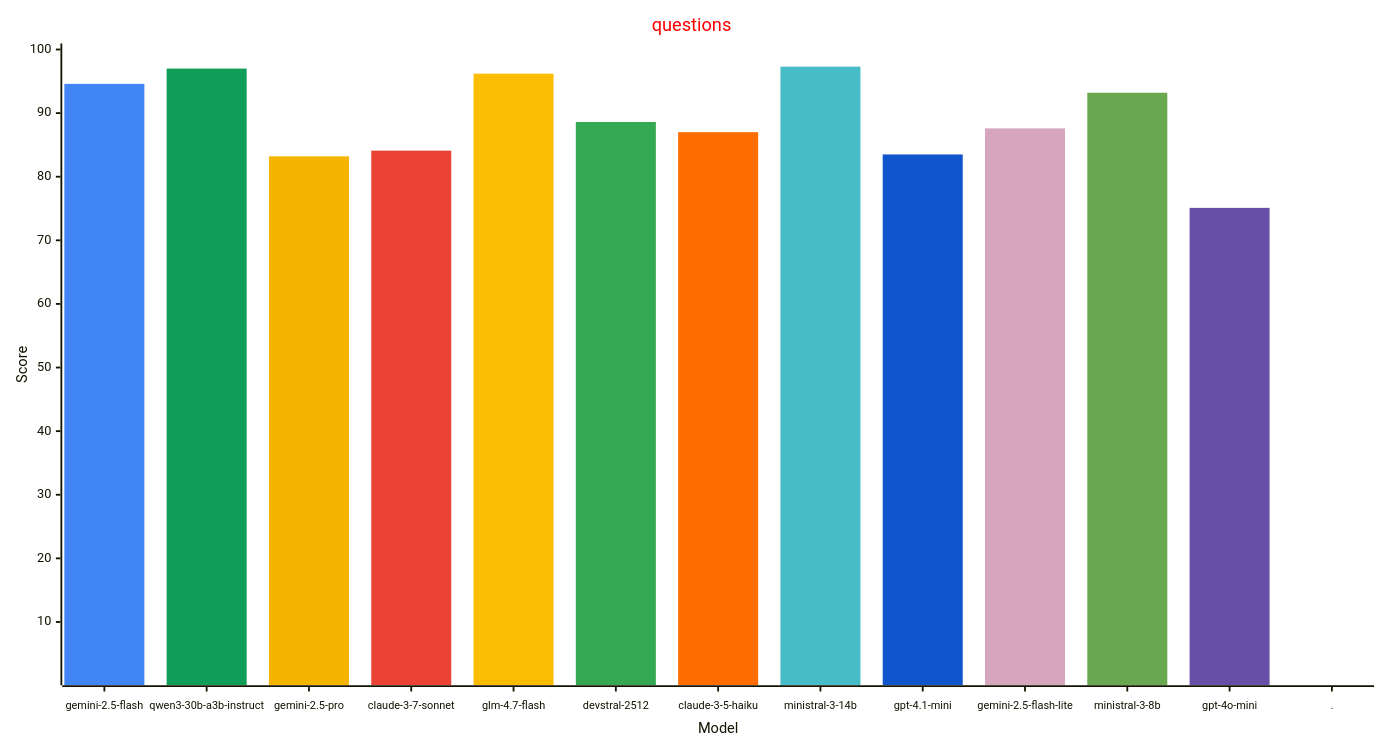
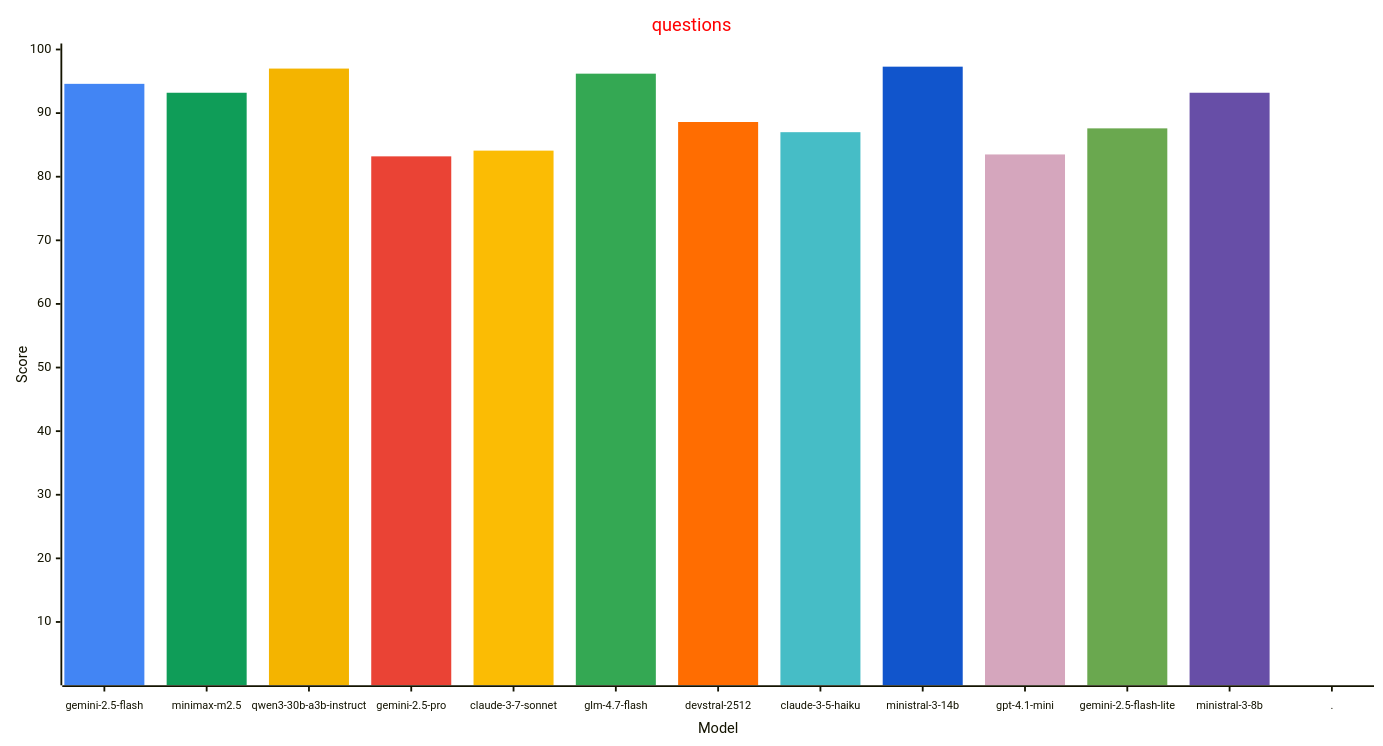
One commit to allenporter/home-assistant-datasets changed the third of 4 diagrams in reports/README.md. Above: the diagram before and after it, drawn with Mermaid. The commit also changed other lines of this file and 1083 other files, not shown here.

````diff
--- a/reports/README.md
+++ b/reports/README.md
@@ -165,33 +166,33 @@
 ```mermaid
 ---
 config:
     xyChart:
         width: 1500
         height: 800
         xAxis:
           labelFontSize: 12
           labelPadding: 8
     themeVariables:
         xyChart:
             titleColor: "#ff0000"
             plotColorPalette: "#4285f4, #0f9d58, #f4b400, #ea4335, #fbbc04, #34a853, #ff6d01, #46bdc6, #1155cc, #d5a6bd, #6aa84f, #674ea7, #4285f4"
 
 ---
 xychart-beta
   title "questions"
-  x-axis "Model" [gemini-2.5-flash, qwen3-30b-a3b-instruct, gemini-2.5-pro, claude-3-7-sonnet, glm-4.7-flash, devstral-2512, claude-3-5-haiku, ministral-3-14b, gpt-4.1-mini, gemini-2.5-flash-lite, ministral-3-8b, gpt-4o-mini, .]
+  x-axis "Model" [gemini-2.5-flash, minimax-m2.5, qwen3-30b-a3b-instruct, gemini-2.5-pro, claude-3-7-sonnet, glm-4.7-flash, devstral-2512, claude-3-5-haiku, ministral-3-14b, gpt-4.1-mini, gemini-2.5-flash-lite, ministral-3-8b, .]
   y-axis "Score" 1 --> 100
   bar [94.6, 0.0, 0.0, 0.0, 0.0, 0.0, 0.0, 0.0, 0.0, 0.0, 0.0, 0.0, 0.0]
-  bar [0.0, 97.0, 0.0, 0.0, 0.0, 0.0, 0.0, 0.0, 0.0, 0.0, 0.0, 0.0, 0.0]
-  bar [0.0, 0.0, 83.2, 0.0, 0.0, 0.0, 0.0, 0.0, 0.0, 0.0, 0.0, 0.0, 0.0]
-  bar [0.0, 0.0, 0.0, 84.1, 0.0, 0.0, 0.0, 0.0, 0.0, 0.0, 0.0, 0.0, 0.0]
-  bar [0.0, 0.0, 0.0, 0.0, 96.2, 0.0, 0.0, 0.0, 0.0, 0.0, 0.0, 0.0, 0.0]
-  bar [0.0, 0.0, 0.0, 0.0, 0.0, 88.6, 0.0, 0.0, 0.0, 0.0, 0.0, 0.0, 0.0]
-  bar [0.0, 0.0, 0.0, 0.0, 0.0, 0.0, 87.0, 0.0, 0.0, 0.0, 0.0, 0.0, 0.0]
-  bar [0.0, 0.0, 0.0, 0.0, 0.0, 0.0, 0.0, 97.3, 0.0, 0.0, 0.0, 0.0, 0.0]
-  bar [0.0, 0.0, 0.0, 0.0, 0.0, 0.0, 0.0, 0.0, 83.5, 0.0, 0.0, 0.0, 0.0]
-  bar [0.0, 0.0, 0.0, 0.0, 0.0, 0.0, 0.0, 0.0, 0.0, 87.6, 0.0, 0.0, 0.0]
-  bar [0.0, 0.0, 0.0, 0.0, 0.0, 0.0, 0.0, 0.0, 0.0, 0.0, 93.2, 0.0, 0.0]
-  bar [0.0, 0.0, 0.0, 0.0, 0.0, 0.0, 0.0, 0.0, 0.0, 0.0, 0.0, 75.1, 0.0]
+  bar [0.0, 93.2, 0.0, 0.0, 0.0, 0.0, 0.0, 0.0, 0.0, 0.0, 0.0, 0.0, 0.0]
+  bar [0.0, 0.0, 97.0, 0.0, 0.0, 0.0, 0.0, 0.0, 0.0, 0.0, 0.0, 0.0, 0.0]
+  bar [0.0, 0.0, 0.0, 83.2, 0.0, 0.0, 0.0, 0.0, 0.0, 0.0, 0.0, 0.0, 0.0]
+  bar [0.0, 0.0, 0.0, 0.0, 84.1, 0.0, 0.0, 0.0, 0.0, 0.0, 0.0, 0.0, 0.0]
+  bar [0.0, 0.0, 0.0, 0.0, 0.0, 96.2, 0.0, 0.0, 0.0, 0.0, 0.0, 0.0, 0.0]
+  bar [0.0, 0.0, 0.0, 0.0, 0.0, 0.0, 88.6, 0.0, 0.0, 0.0, 0.0, 0.0, 0.0]
+  bar [0.0, 0.0, 0.0, 0.0, 0.0, 0.0, 0.0, 87.0, 0.0, 0.0, 0.0, 0.0, 0.0]
+  bar [0.0, 0.0, 0.0, 0.0, 0.0, 0.0, 0.0, 0.0, 97.3, 0.0, 0.0, 0.0, 0.0]
+  bar [0.0, 0.0, 0.0, 0.0, 0.0, 0.0, 0.0, 0.0, 0.0, 83.5, 0.0, 0.0, 0.0]
+  bar [0.0, 0.0, 0.0, 0.0, 0.0, 0.0, 0.0, 0.0, 0.0, 0.0, 87.6, 0.0, 0.0]
+  bar [0.0, 0.0, 0.0, 0.0, 0.0, 0.0, 0.0, 0.0, 0.0, 0.0, 0.0, 93.2, 0.0]
   bar [0.0, 0.0, 0.0, 0.0, 0.0, 0.0, 0.0, 0.0, 0.0, 0.0, 0.0, 0.0, -1.0]
 ```
````
